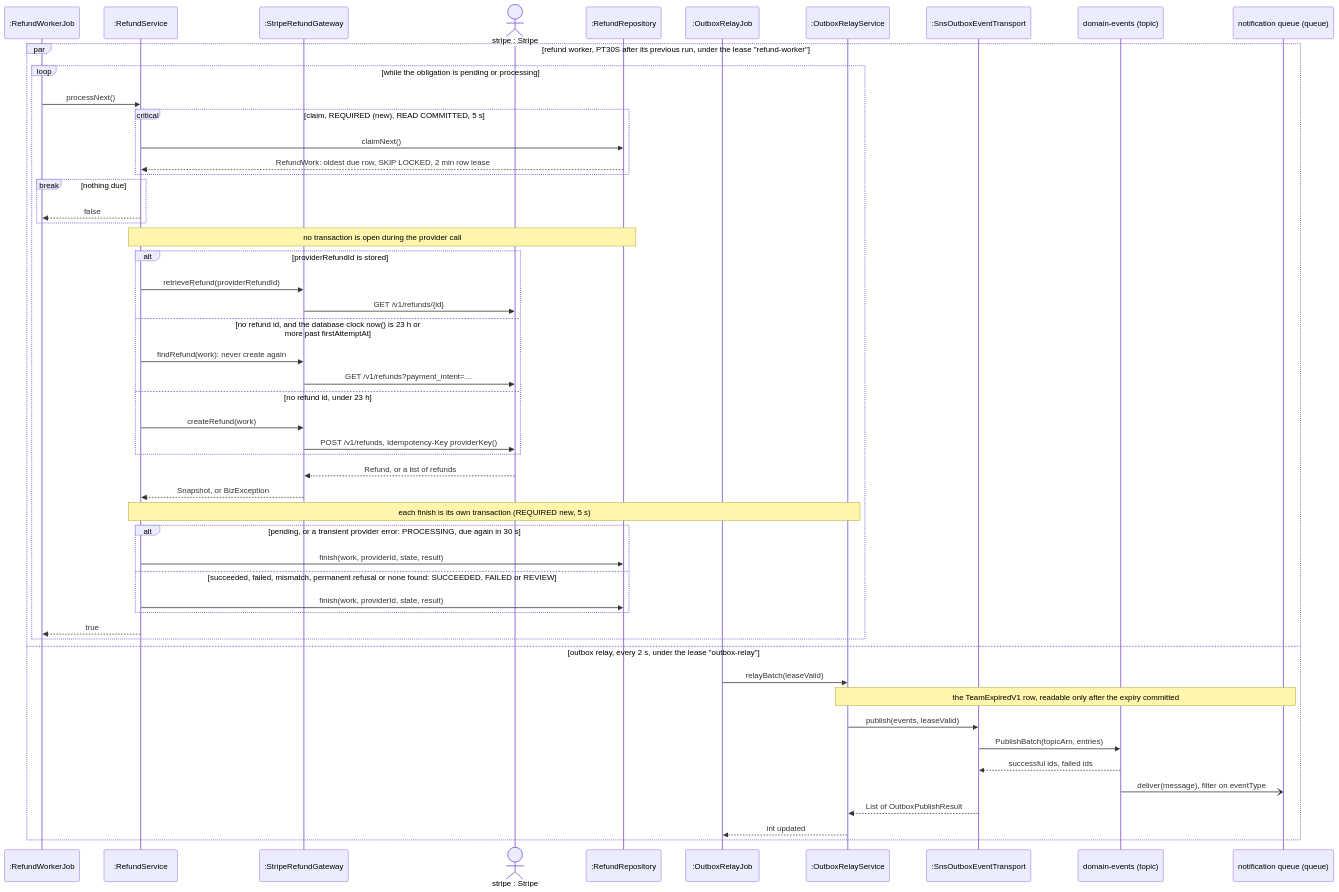
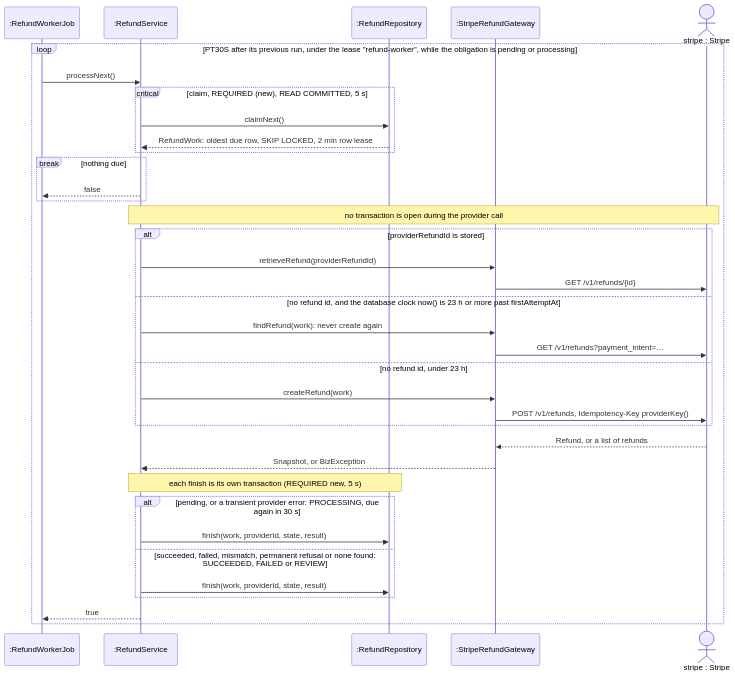
The diagram in docs/swe5001/report/diagrams/uml/src/d14b-refund-retry.mmd (PPsyrius/iss-groupbuy-team8), drawn with Mermaid before and after one commit. The commit also changed 14 other files, not shown here.

```diff
--- a/docs/swe5001/report/diagrams/uml/src/d14b-refund-retry.mmd
+++ b/docs/swe5001/report/diagrams/uml/src/d14b-refund-retry.mmd
@@ -1,54 +1,38 @@
-%% frame: After the expiry: refund retries and event delivery (design)
+%% frame: After the expiry, part 1: the refund worker retries until Stripe answers (design)
 sequenceDiagram
     participant Job as :RefundWorkerJob
     participant Svc as :RefundService
+    participant Repo as :RefundRepository
     participant GW as :StripeRefundGateway
     actor Stripe as stripe : Stripe
-    participant Repo as :RefundRepository
-    participant RJob as :OutboxRelayJob
-    participant Relay as :OutboxRelayService
-    participant T as :SnsOutboxEventTransport
-    participant Topic as domain-events (topic)
-    participant Q as notification queue (queue)
 
-    par refund worker, PT30S after its previous run, under the lease "refund-worker"
-        loop while the obligation is pending or processing
-            Job->>Svc: processNext()
-            critical claim, REQUIRED (new), READ COMMITTED, 5 s
-                Svc->>Repo: claimNext()
-                Repo-->>Svc: RefundWork: oldest due row, SKIP LOCKED, 2 min row lease
-            end
-            break nothing due
-                Svc-->>Job: false
-            end
-            Note over Svc,Repo: no transaction is open during the provider call
-            alt providerRefundId is stored
-                Svc->>GW: retrieveRefund(providerRefundId)
-                GW->>Stripe: GET /v1/refunds/{id}
-            else no refund id, and the database clock now() is 23 h or more past firstAttemptAt
-                Svc->>GW: findRefund(work): never create again
-                GW->>Stripe: GET /v1/refunds?payment_intent=…
-            else no refund id, under 23 h
-                Svc->>GW: createRefund(work)
-                GW->>Stripe: POST /v1/refunds, Idempotency-Key providerKey()
-            end
-            Stripe-->>GW: Refund, or a list of refunds
-            GW-->>Svc: Snapshot, or BizException
-            Note over Svc,Relay: each finish is its own transaction (REQUIRED new, 5 s)
-            alt pending, or a transient provider error: PROCESSING, due again in 30 s
-                Svc->>Repo: finish(work, providerId, state, result)
-            else succeeded, failed, mismatch, permanent refusal or none found: SUCCEEDED, FAILED or REVIEW
-                Svc->>Repo: finish(work, providerId, state, result)
-            end
-            Svc-->>Job: true
+    loop PT30S after its previous run, under the lease "refund-worker", while the obligation is pending or processing
+        Job->>Svc: processNext()
+        critical claim, REQUIRED (new), READ COMMITTED, 5 s
+            Svc->>Repo: claimNext()
+            Repo-->>Svc: RefundWork: oldest due row, SKIP LOCKED, 2 min row lease
         end
-    and outbox relay, every 2 s, under the lease "outbox-relay"
-        RJob->>Relay: relayBatch(leaseValid)
-        Note over Relay,Q: the TeamExpiredV1 row, readable only after the expiry committed
-        Relay->>T: publish(events, leaseValid)
-        T->>Topic: PublishBatch(topicArn, entries)
-        Topic-->>T: successful ids, failed ids
-        Topic-)Q: deliver(message), filter on eventType
-        T-->>Relay: List of OutboxPublishResult
-        Relay-->>RJob: int updated
+        break nothing due
+            Svc-->>Job: false
+        end
+        Note over Svc,Stripe: no transaction is open during the provider call
+        alt providerRefundId is stored
+            Svc->>GW: retrieveRefund(providerRefundId)
+            GW->>Stripe: GET /v1/refunds/{id}
+        else no refund id, and the database clock now() is 23 h or more past firstAttemptAt
+            Svc->>GW: findRefund(work): never create again
+            GW->>Stripe: GET /v1/refunds?payment_intent=…
+        else no refund id, under 23 h
+            Svc->>GW: createRefund(work)
+            GW->>Stripe: POST /v1/refunds, Idempotency-Key providerKey()
+        end
+        Stripe-->>GW: Refund, or a list of refunds
+        GW-->>Svc: Snapshot, or BizException
+        Note over Svc,Repo: each finish is its own transaction (REQUIRED new, 5 s)
+        alt pending, or a transient provider error: PROCESSING, due again in 30 s
+            Svc->>Repo: finish(work, providerId, state, result)
+        else succeeded, failed, mismatch, permanent refusal or none found: SUCCEEDED, FAILED or REVIEW
+            Svc->>Repo: finish(work, providerId, state, result)
+        end
+        Svc-->>Job: true
     end
```
